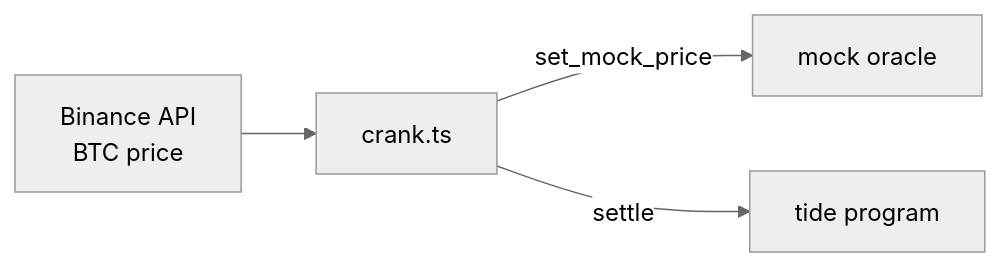
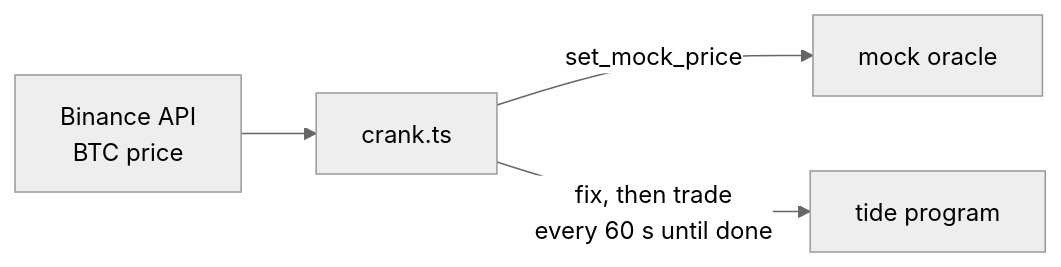
Diagram 13 of 14 in README.md (0xnex/tide), drawn with Mermaid (neutral theme) before and after one commit. The commit also changed other lines of this file and 5 other files, not shown here.

````diff
--- a/README.md
+++ b/README.md
@@ -233,5 +233,5 @@
 ```mermaid
 flowchart LR
   BN["Binance API<br/>BTC price"] --> CR["crank.ts"] -- "set_mock_price" --> O["mock oracle"]
-  CR -- "settle" --> P["tide program"]
+  CR -- "fix, then trade<br/>every 60 s until done" --> P["tide program"]
 ```
````
